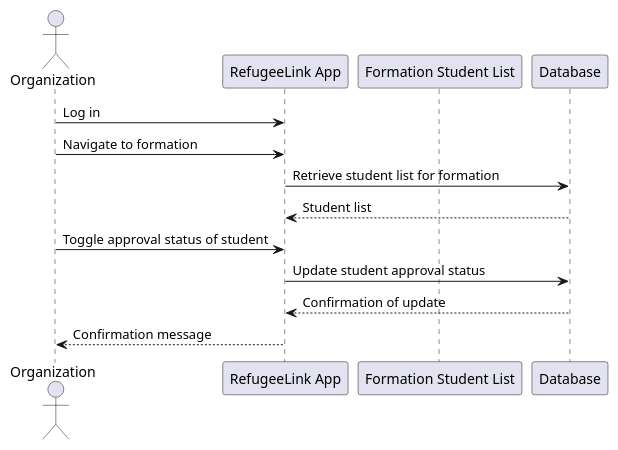
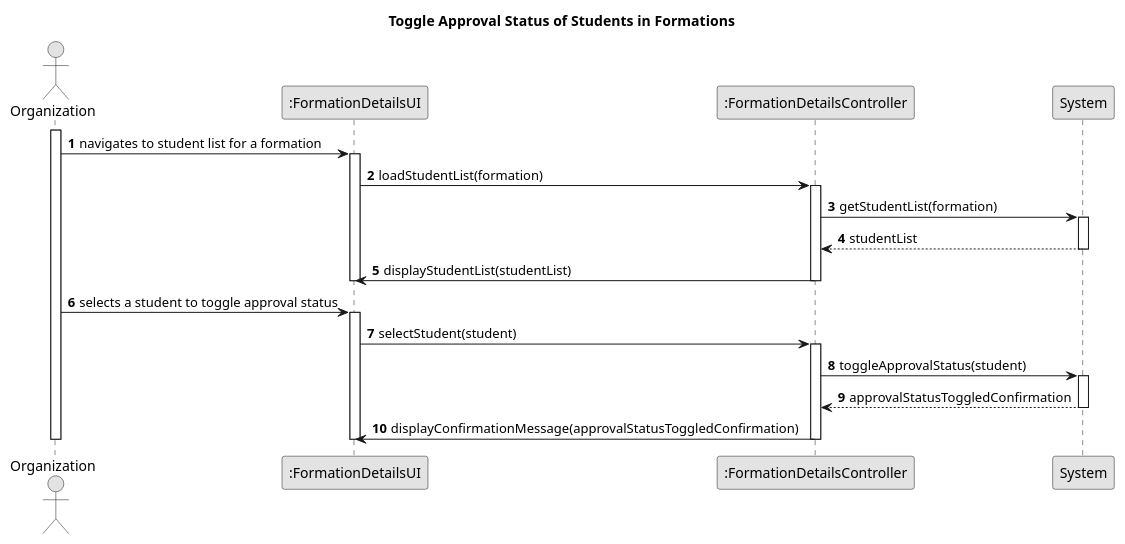
One commit to kanzodotjava/RefugeeLINK changed the diagram in Doc/use-Cases/uc030/sequenceDiagram/sequenceDiagram030.puml. Above: the diagram before and after it, drawn with PlantUML. The commit also changed 25 other files, not shown here.

Commit message:
updates diagrams and a refugee controller

```diff
--- a/Doc/use-Cases/uc030/sequenceDiagram/sequenceDiagram030.puml
+++ b/Doc/use-Cases/uc030/sequenceDiagram/sequenceDiagram030.puml
@@ -1,17 +1,43 @@
 @startuml
+skinparam monochrome true
+skinparam packageStyle rectangle
+skinparam shadowing false
+
+title Toggle Approval Status of Students in Formations
+
+autonumber
 
 actor Organization
-participant "RefugeeLink App" as App
-participant "Formation Student List" as List
-participant Database
+participant ":FormationDetailsUI" as ui_details
+participant ":FormationDetailsController" as ctrl_details
+participant "System" as system
 
-Organization -> App: Log in
-Organization -> App: Navigate to formation
-App -> Database: Retrieve student list for formation
-Database --> App: Student list
-Organization -> App: Toggle approval status of student
-App -> Database: Update student approval status
-Database --> App: Confirmation of update
-App --> Organization: Confirmation message
+activate Organization
+
+    Organization -> ui_details : navigates to student list for a formation
+    activate ui_details
+        ui_details -> ctrl_details : loadStudentList(formation)
+        activate ctrl_details
+            ctrl_details -> system : getStudentList(formation)
+            activate system
+                system --> ctrl_details : studentList
+            deactivate system
+            ctrl_details -> ui_details : displayStudentList(studentList)
+        deactivate ctrl_details
+    deactivate ui_details
+
+    Organization -> ui_details : selects a student to toggle approval status
+    activate ui_details
+        ui_details -> ctrl_details : selectStudent(student)
+        activate ctrl_details
+            ctrl_details -> system : toggleApprovalStatus(student)
+            activate system
+                system --> ctrl_details : approvalStatusToggledConfirmation
+            deactivate system
+            ctrl_details -> ui_details : displayConfirmationMessage(approvalStatusToggledConfirmation)
+        deactivate ctrl_details
+    deactivate ui_details
+
+deactivate Organization
 
 @enduml
```
